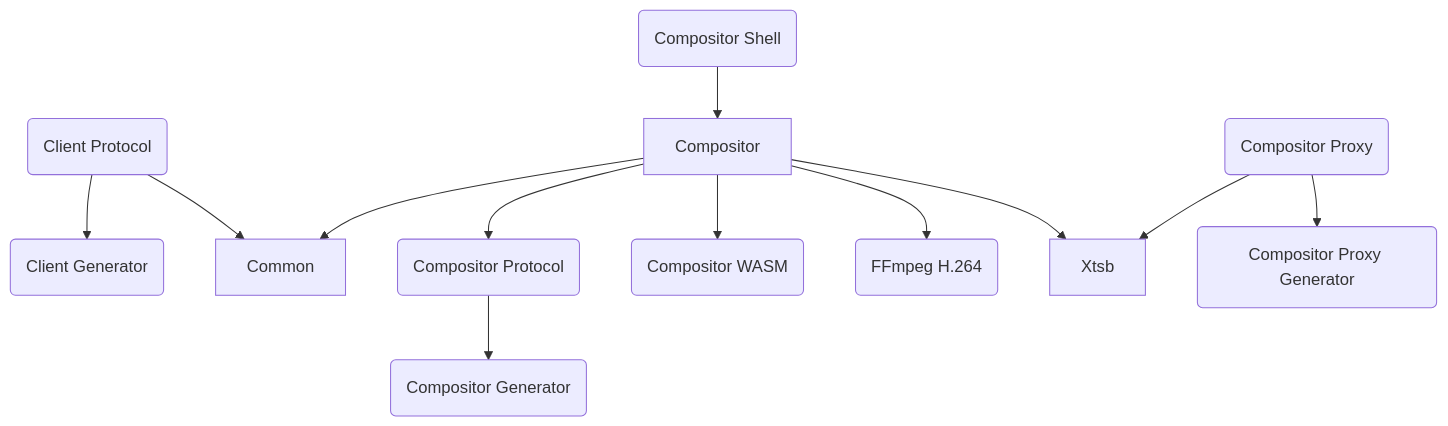
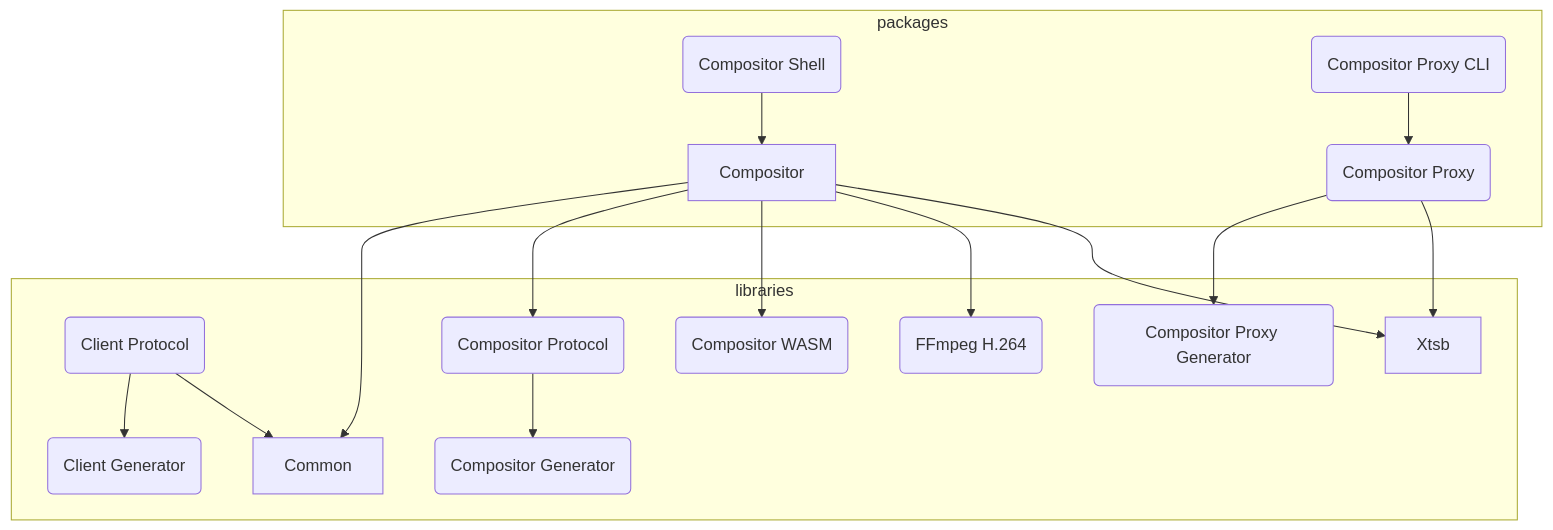
The diagram in docs/pages/components/index.md (udevbe/greenfield), drawn with Mermaid before and after one commit. The commit also changed 2 other files, not shown here.

Commit message:
more wip

````diff
--- a/docs/pages/components/index.md
+++ b/docs/pages/components/index.md
@@ -9,14 +9,33 @@
 ```mermaid
 graph TD;
+subgraph packages
+    Compositor
+    CoS(Compositor Shell)
+    CoPr(Compositor Proxy)
+    CoPrCli(Compositor Proxy CLI)
+end
+subgraph libraries
+    ClP(Client Protocol)
+    ClG(Client Generator)
+    Common
+    CoP(Compositor Protocol)
+    CoG(Compositor Generator)
+    CoPrG(Compositor Proxy Generator)
+    CoWasm(Compositor WASM)
+    ffmpeg(FFmpeg H.264)
+    Xtsb
+end
+
     ClP(Client Protocol)-->ClG(Client Generator);
     ClP(Client Protocol)-->Common;
     Compositor-->Common;
     Compositor-->CoP(Compositor Protocol);
     Compositor-->CoWasm(Compositor WASM);
     Compositor-->ffmpeg(FFmpeg H.264);
     Compositor-->Xtsb;
     CoS(Compositor Shell)-->Compositor;
     CoP(Compositor Protocol)-->CoG(Compositor Generator);
+    CoPrCli(Compositor Proxy CLI)-->CoPr(Compositor Proxy)
     CoPr(Compositor Proxy)-->CoPrG(Compositor Proxy Generator);
     CoPr(Compositor Proxy)-->Xtsb;
 ```
````
